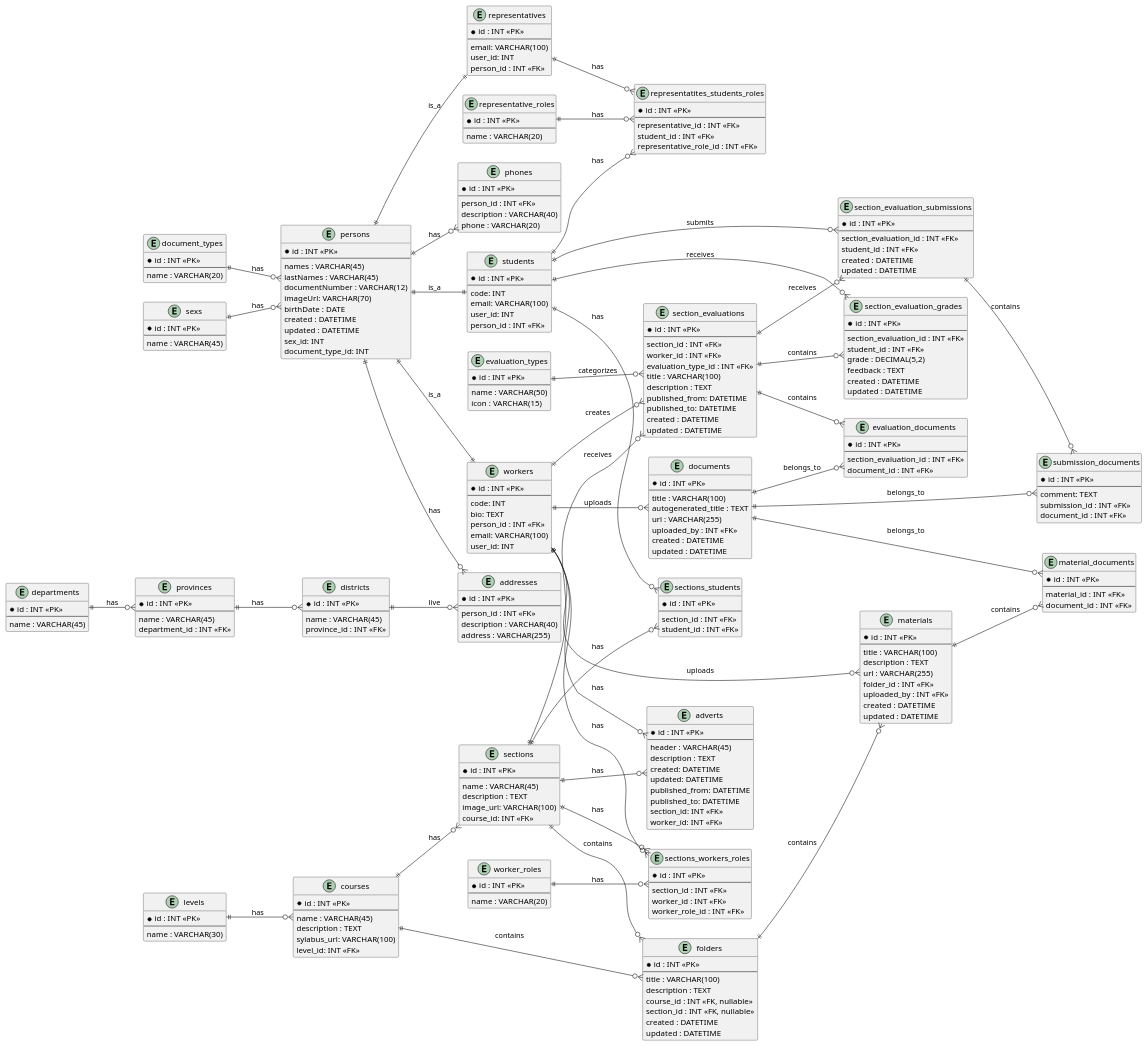
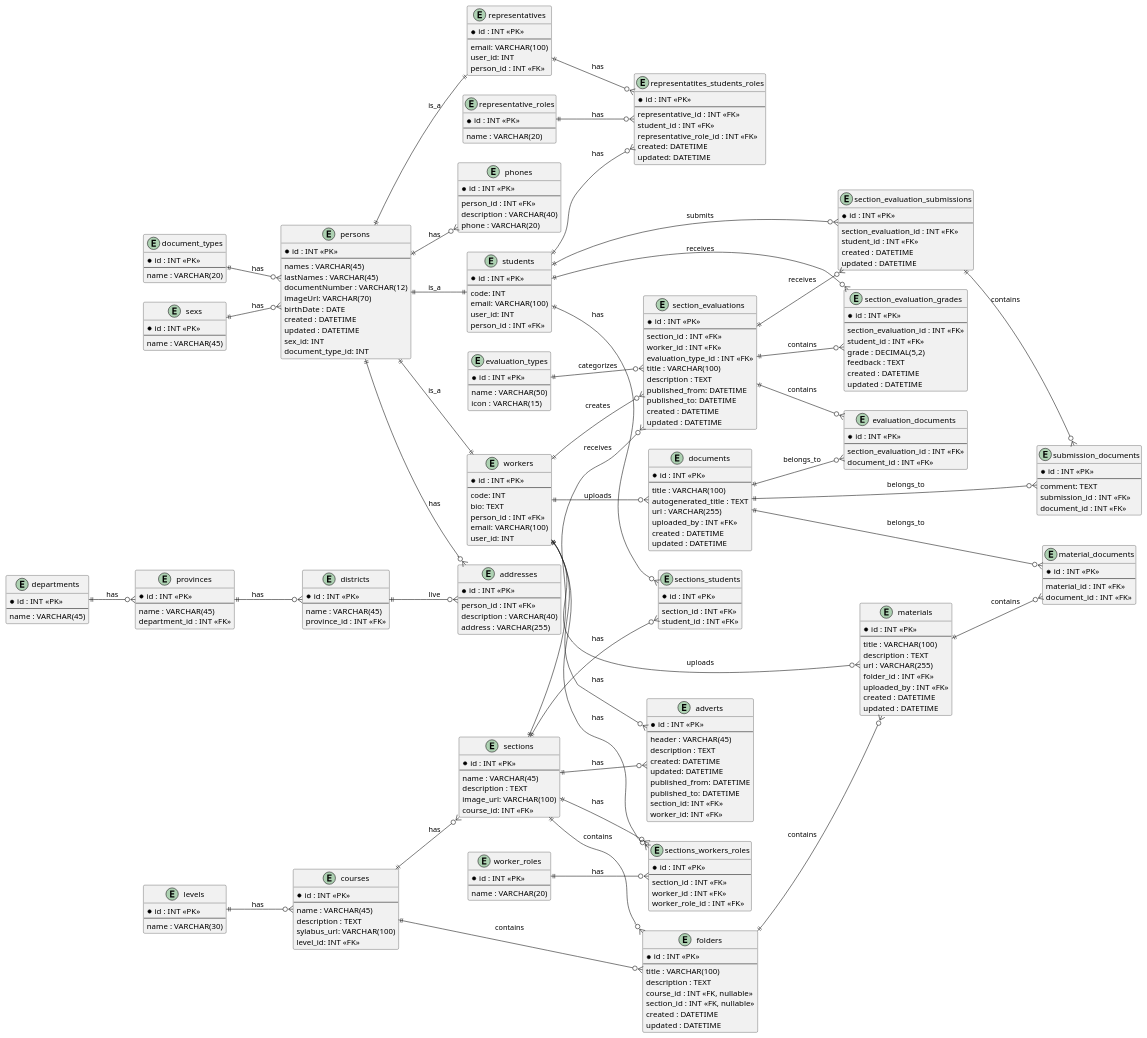
The diagram in docs/db_diagram.puml (pepeul1191/template-node-express-svelte), drawn with PlantUML before and after one commit. The commit also changed 14 other files, not shown here.

```diff
--- a/docs/db_diagram.puml
+++ b/docs/db_diagram.puml
@@ -105,6 +105,8 @@
   representative_id : INT <<FK>>
   student_id : INT <<FK>>
   representative_role_id : INT <<FK>>
+  created: DATETIME
+  updated: DATETIME
 }
 
 entity worker_roles {
```
